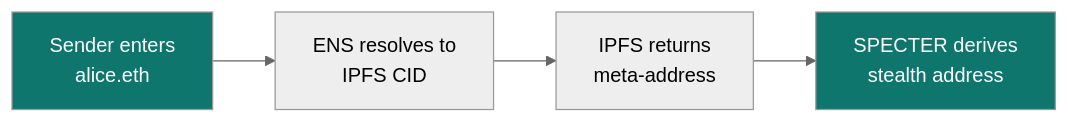
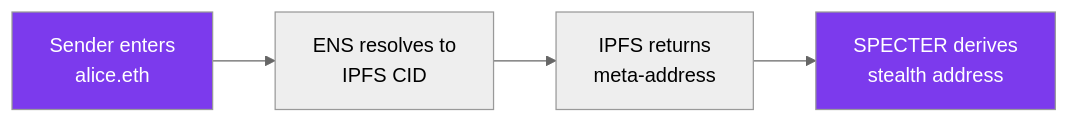
One commit to specter-privacy/docs changed the diagram in docs/use-cases/name-services.mdx. Above: the diagram before and after it, drawn with Mermaid (neutral theme). The commit also changed other lines of this file and 81 other files, not shown here.

````diff
--- a/docs/use-cases/name-services.mdx
+++ b/docs/use-cases/name-services.mdx
@@ -10,9 +10,9 @@
 ```mermaid
 flowchart LR
     A["Sender enters\nalice.eth"] --> B["ENS resolves to\nIPFS CID"]
     B --> C["IPFS returns\nmeta-address"]
     C --> D["SPECTER derives\nstealth address"]
 
-    style A fill:#0F766E,color:#fff
-    style D fill:#0F766E,color:#fff
+    style A fill:#7c3aed,color:#fff
+    style D fill:#7c3aed,color:#fff
 ```
````
